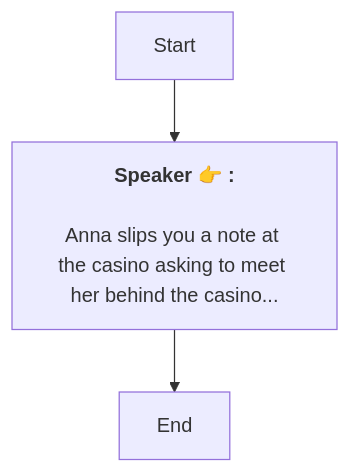
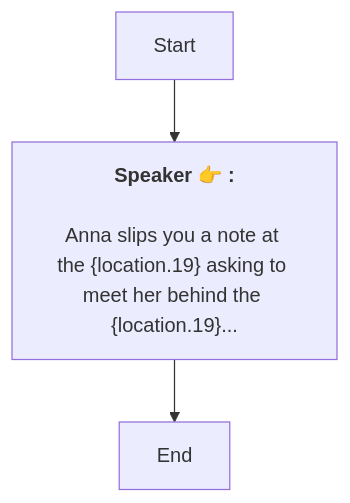
Before and after one commit to SoftHu/tos_avg: the diagram in En/QuestStartTalkENode_1766692507847625.md, drawn with Mermaid. The commit also changed 730 other files, not shown here.

````diff
--- a/En/QuestStartTalkENode_1766692507847625.md
+++ b/En/QuestStartTalkENode_1766692507847625.md
@@ -1,7 +1,7 @@
 ```mermaid
 graph
 Start -->1766692545158091[<b>Speaker 👉 :</b>
-\nAnna slips you a note at the casino asking to meet her behind the casino...]
+\nAnna slips you a note at the &lbrace;location.19&rbrace; asking to meet her behind the &lbrace;location.19&rbrace;...]
 1766692545158091 -->1766692812234703[End]
 
 ```
````
